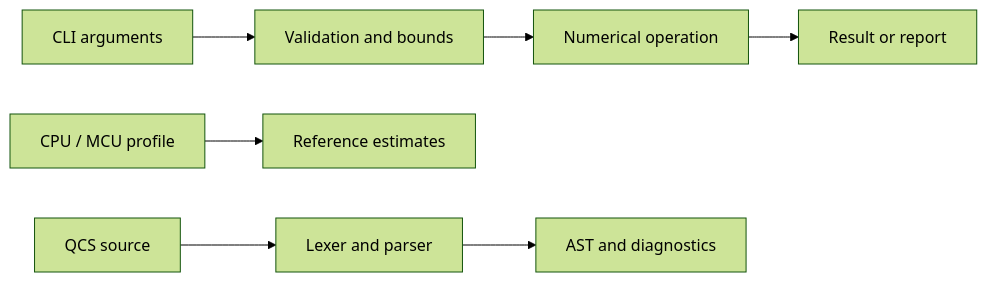
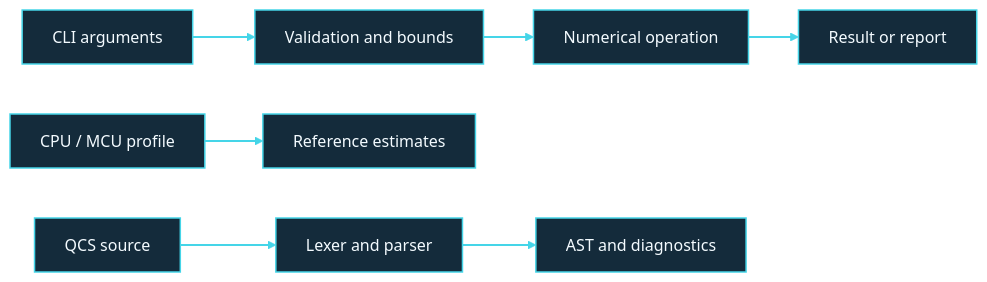
Before and after one commit to Ivan-VHS/Pytyliki: the second of 2 diagrams in README.md, drawn with Mermaid (forest theme). The commit also changed other lines of this file, not shown here.

````diff
--- a/README.md
+++ b/README.md
@@ -37,9 +45,12 @@
 ```mermaid
 flowchart LR
     A[CLI arguments] --> B[Validation and bounds]
     B --> C[Numerical operation]
     C --> D[Result or report]
     E[CPU / MCU profile] --> F[Reference estimates]
     G[QCS source] --> H[Lexer and parser]
     H --> I[AST and diagnostics]
+  classDef readmeNode fill:#142B3B,stroke:#45D5E8,color:#F4FBFF,stroke-width:1.5px;
+  class A,B,C,D,E,F,G,H,I readmeNode;
+  linkStyle default stroke:#45D5E8,stroke-width:1.8px;
 ```
````
